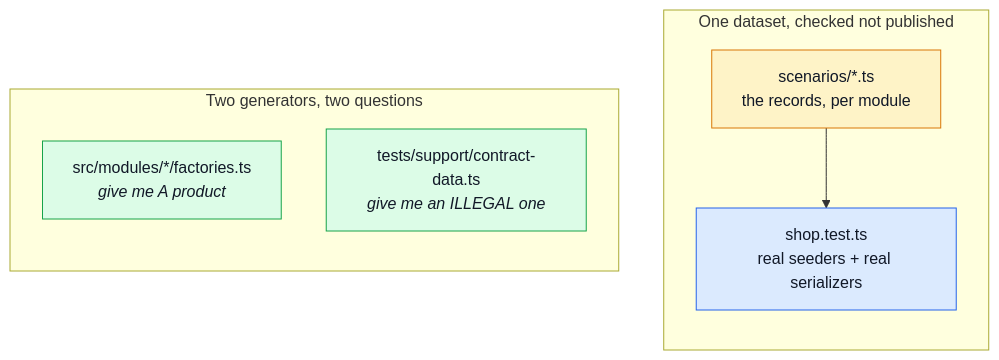
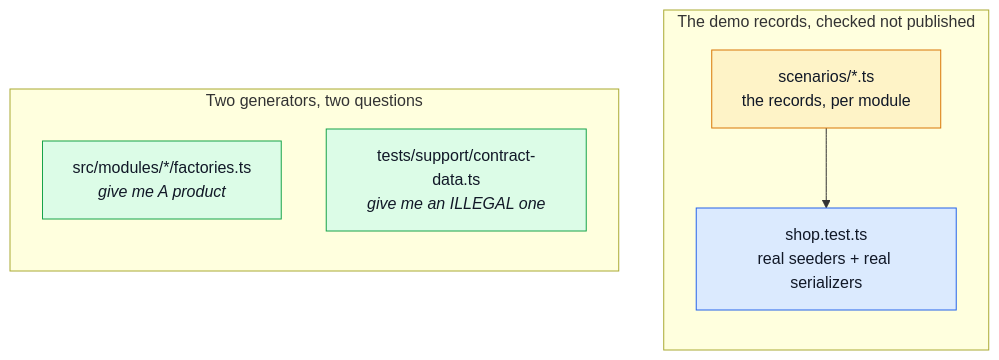
Before and after one commit to Guebbit/boilerplate-node-backend: the second of 3 diagrams in docs/tools/testing-and-docs.md, drawn with Mermaid. The commit also changed other lines of this file and 18 other files, not shown here.

First line of the commit message:
docs(scenarios): write the flow runner page and fix stale references site-wide

````diff
--- a/docs/tools/testing-and-docs.md
+++ b/docs/tools/testing-and-docs.md
@@ -94,22 +94,22 @@
 ```mermaid
 %%{init: {'flowchart': {'nodeSpacing': 45, 'rankSpacing': 55}}}%%
 flowchart TB
-    subgraph one["One dataset, checked not published"]
+    subgraph one["The demo records, checked not published"]
         direction TB
         Seed["scenarios/*.ts<br/>the records, per module"]
         Seed --> Shop["shop.test.ts<br/>real seeders + real serializers"]
     end
 
     subgraph two["Two generators, two questions"]
         direction TB
         Factories["src/modules/*/factories.ts<br/><i>give me A product</i>"]
         ContractData["tests/support/contract-data.ts<br/><i>give me an ILLEGAL one</i>"]
     end
 
     classDef source fill:#fef3c7,stroke:#d97706,color:#111827;
     classDef mapper fill:#dbeafe,stroke:#2563eb,color:#111827;
     classDef gen fill:#dcfce7,stroke:#16a34a,color:#111827;
     class Seed source;
     class Shop mapper;
     class Factories,ContractData gen;
 ```
````
